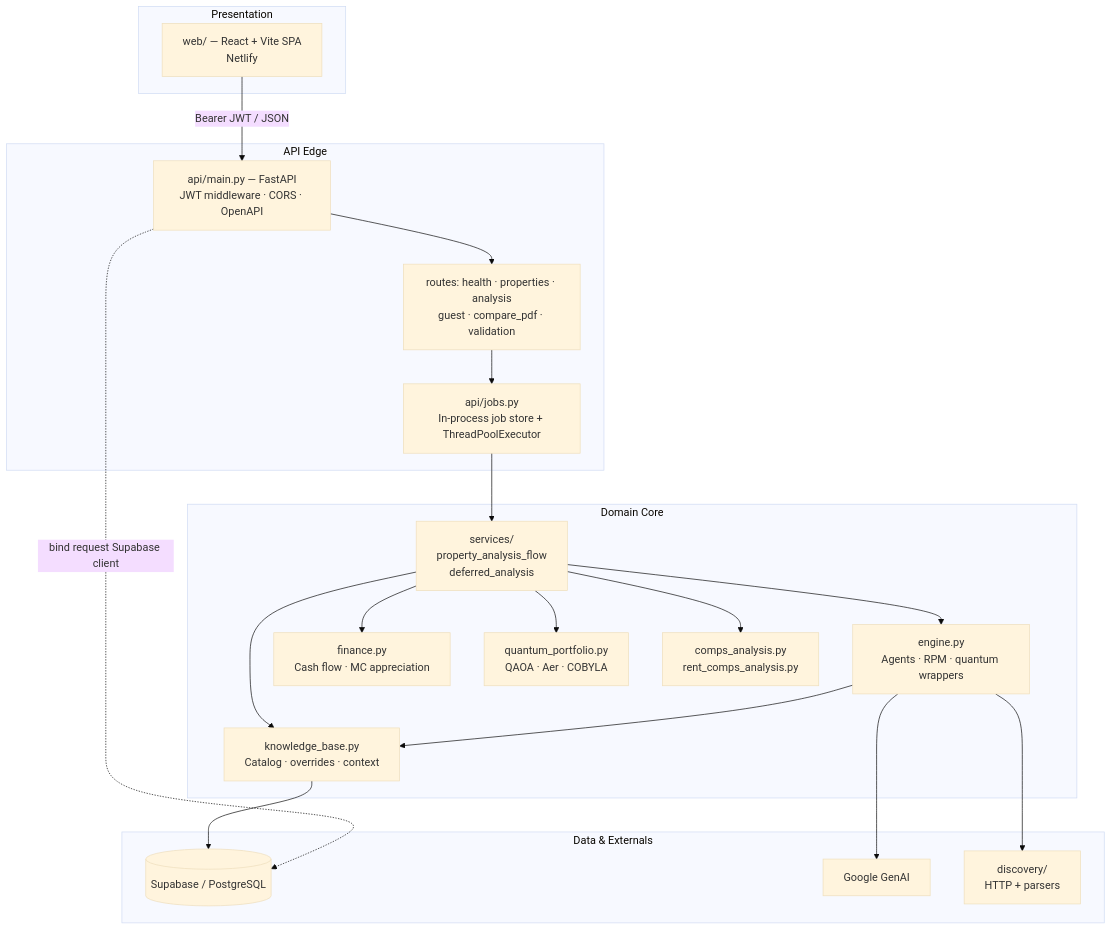
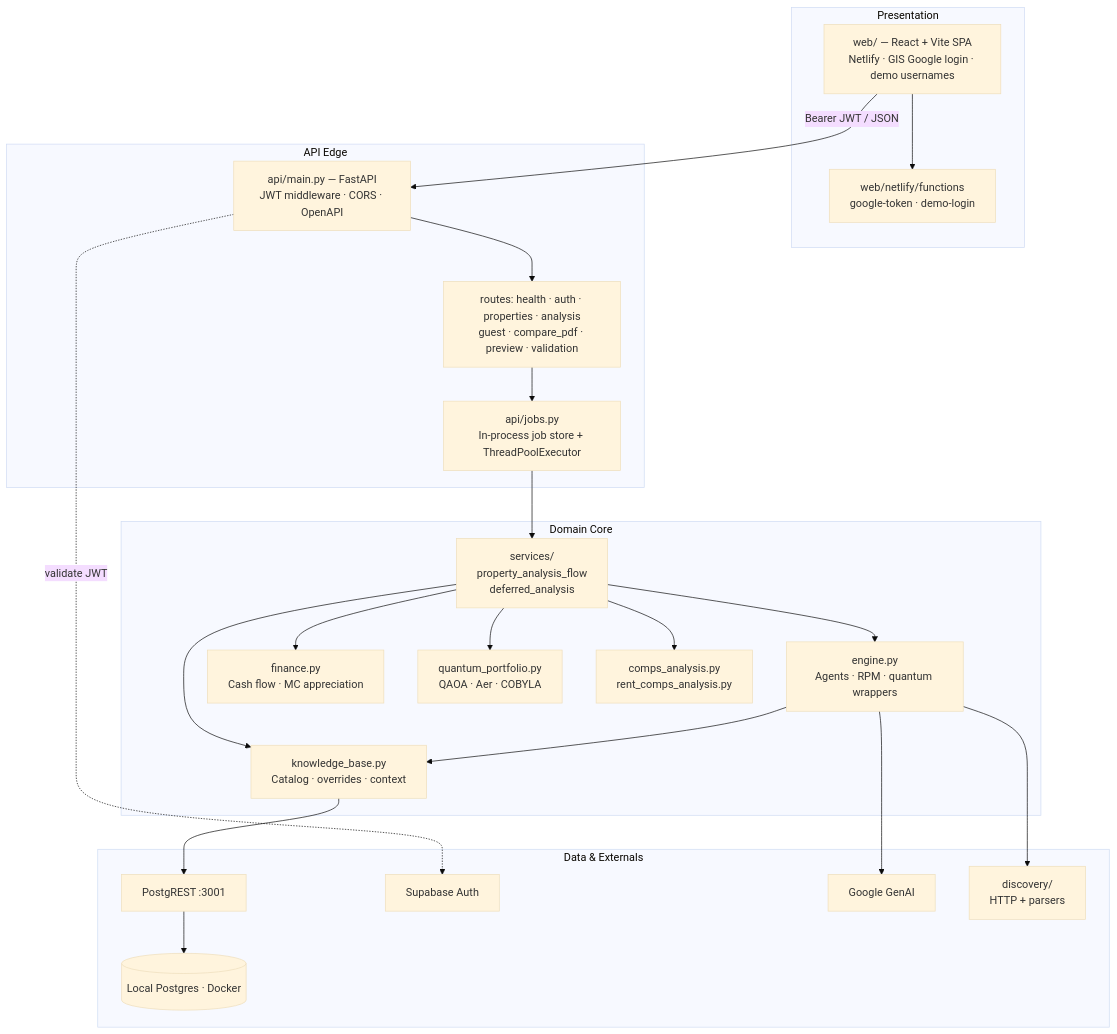
One commit to Preebg/RealEstateAI changed the second of 12 diagrams in README.md. Above: the diagram before and after it, drawn with Mermaid (base theme). The commit also changed other lines of this file, not shown here.

````diff
--- a/README.md
+++ b/README.md
@@ -89,37 +100,41 @@
 ```mermaid
 flowchart TB
     subgraph Presentation["Presentation"]
-        SPA["web/ — React + Vite SPA<br/>Netlify"]
+        SPA["web/ — React + Vite SPA<br/>Netlify · GIS Google login · demo usernames"]
+        NF["web/netlify/functions<br/>google-token · demo-login"]
     end
 
     subgraph Edge["API Edge"]
         API["api/main.py — FastAPI<br/>JWT middleware · CORS · OpenAPI"]
         JOBS["api/jobs.py<br/>In-process job store + ThreadPoolExecutor"]
-        ROUTES["routes: health · properties · analysis<br/>guest · compare_pdf · validation"]
+        ROUTES["routes: health · auth · properties · analysis<br/>guest · compare_pdf · preview · validation"]
     end
 
     subgraph Domain["Domain Core"]
         ENG["engine.py<br/>Agents · RPM · quantum wrappers"]
         FIN["finance.py<br/>Cash flow · MC appreciation"]
         QAOA["quantum_portfolio.py<br/>QAOA · Aer · COBYLA"]
         KB["knowledge_base.py<br/>Catalog · overrides · context"]
         COMPS["comps_analysis.py<br/>rent_comps_analysis.py"]
         SVC["services/<br/>property_analysis_flow<br/>deferred_analysis"]
     end
 
     subgraph Data["Data & Externals"]
-        SB[(Supabase / PostgreSQL)]
+        PG[(Local Postgres · Docker)]
+        PGR[PostgREST :3001]
+        AUTH[Supabase Auth]
         GEM[Google GenAI]
         DISC["discovery/<br/>HTTP + parsers"]
     end
 
     SPA -->|Bearer JWT / JSON| API
+    SPA --> NF
     API --> ROUTES --> JOBS
     JOBS --> SVC
     SVC --> ENG & FIN & QAOA & KB & COMPS
     ENG --> GEM
     ENG --> KB
-    KB --> SB
+    KB --> PGR --> PG
     ENG --> DISC
-    API -.->|bind request Supabase client| SB
+    API -.->|validate JWT| AUTH
 ```
````
